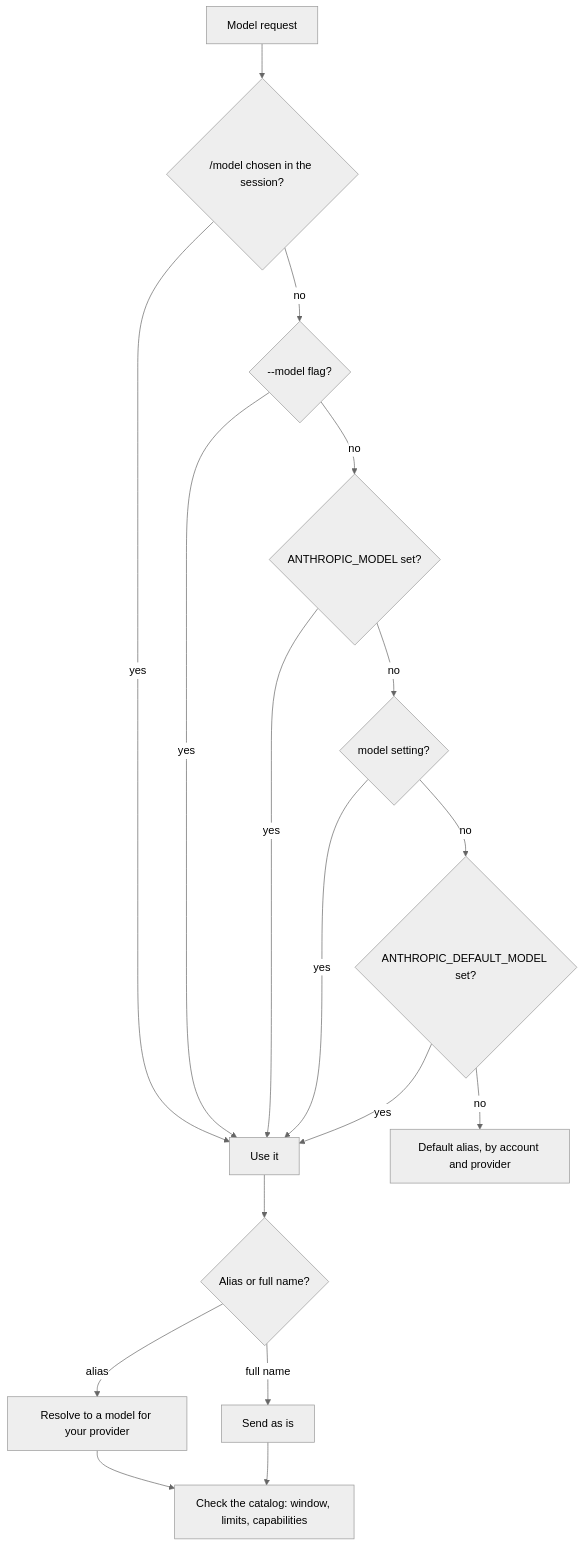
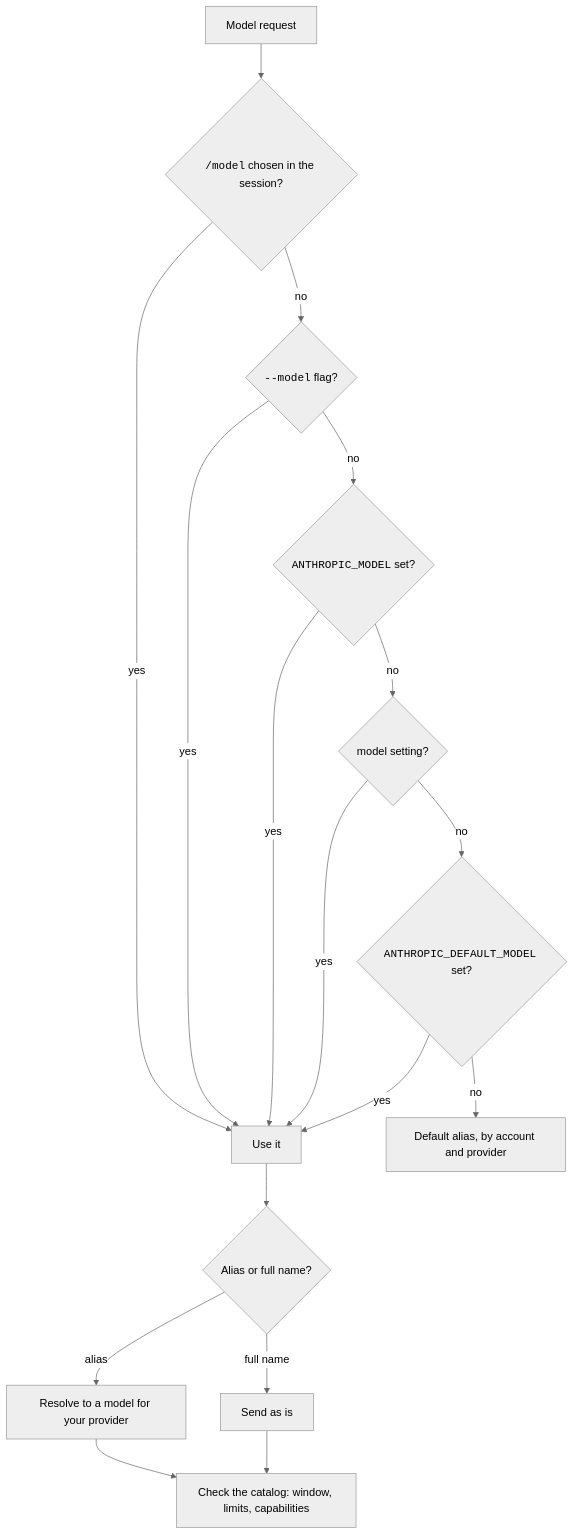
One commit to xsyetopz/claude-code-docs changed the first of 2 diagrams in docs/how-it-works/models.md. Above: the diagram before and after it, drawn with Mermaid (neutral theme). The commit also changed other lines of this file and 164 other files, not shown here.

First line of the commit message:
docs: linked citations, yes/no markers, file trees, code in diagrams

````diff
--- a/docs/how-it-works/models.md
+++ b/docs/how-it-works/models.md
@@ -27,19 +27,19 @@
 ```mermaid
 flowchart TD
-  A[Model request] --> B{/model chosen in the session?}
+  A[Model request] --> B{"<code>/model</code> chosen in the session?"}
   B -- yes --> Use[Use it]
-  B -- no --> C{--model flag?}
+  B -- no --> C{"<code>--model</code> flag?"}
   C -- yes --> Use
-  C -- no --> D{ANTHROPIC_MODEL set?}
+  C -- no --> D{"<code>ANTHROPIC_MODEL</code> set?"}
   D -- yes --> Use
   D -- no --> E{model setting?}
   E -- yes --> Use
-  E -- no --> E2{ANTHROPIC_DEFAULT_MODEL set?}
+  E -- no --> E2{"<code>ANTHROPIC_DEFAULT_MODEL</code> set?"}
   E2 -- yes --> Use
   E2 -- no --> F[Default alias, by account and provider]
   Use --> G{Alias or full name?}
   G -- alias --> H[Resolve to a model for your provider]
   G -- full name --> I[Send as is]
   H --> J[Check the catalog: window, limits, capabilities]
   I --> J
 ```
````
